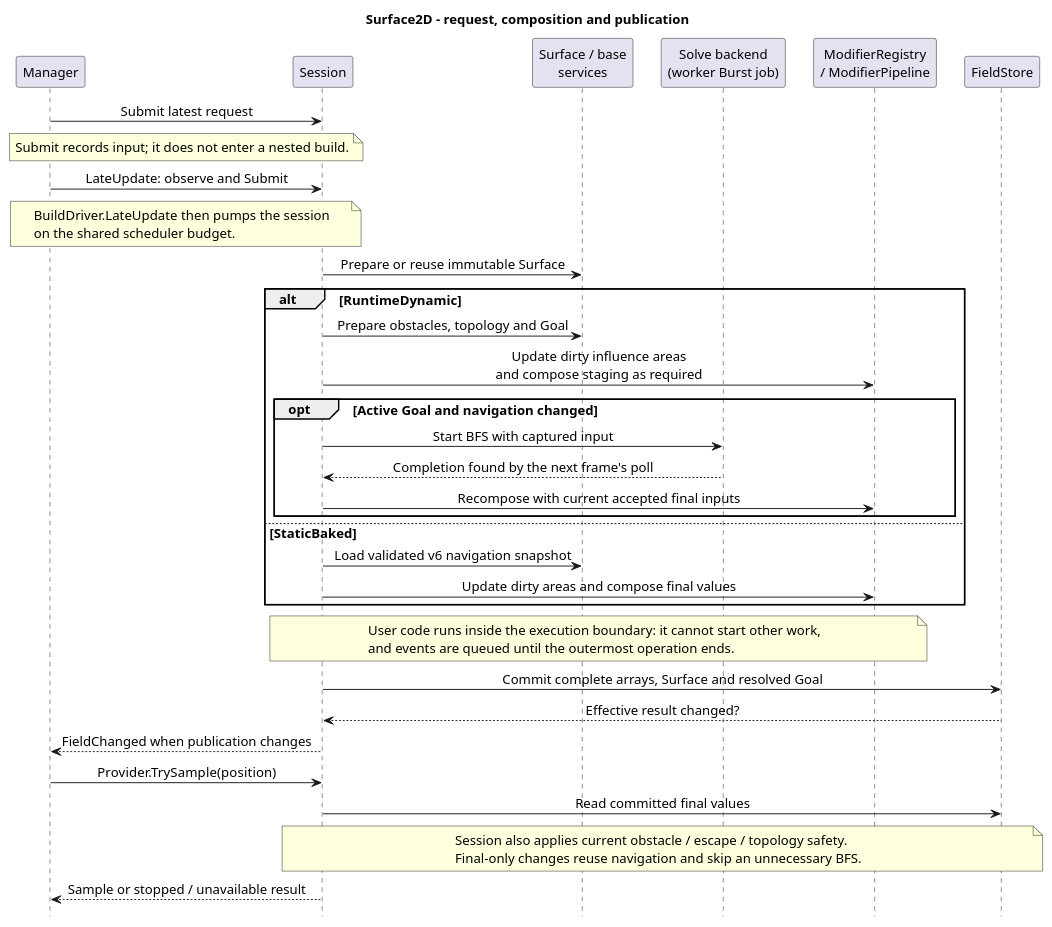
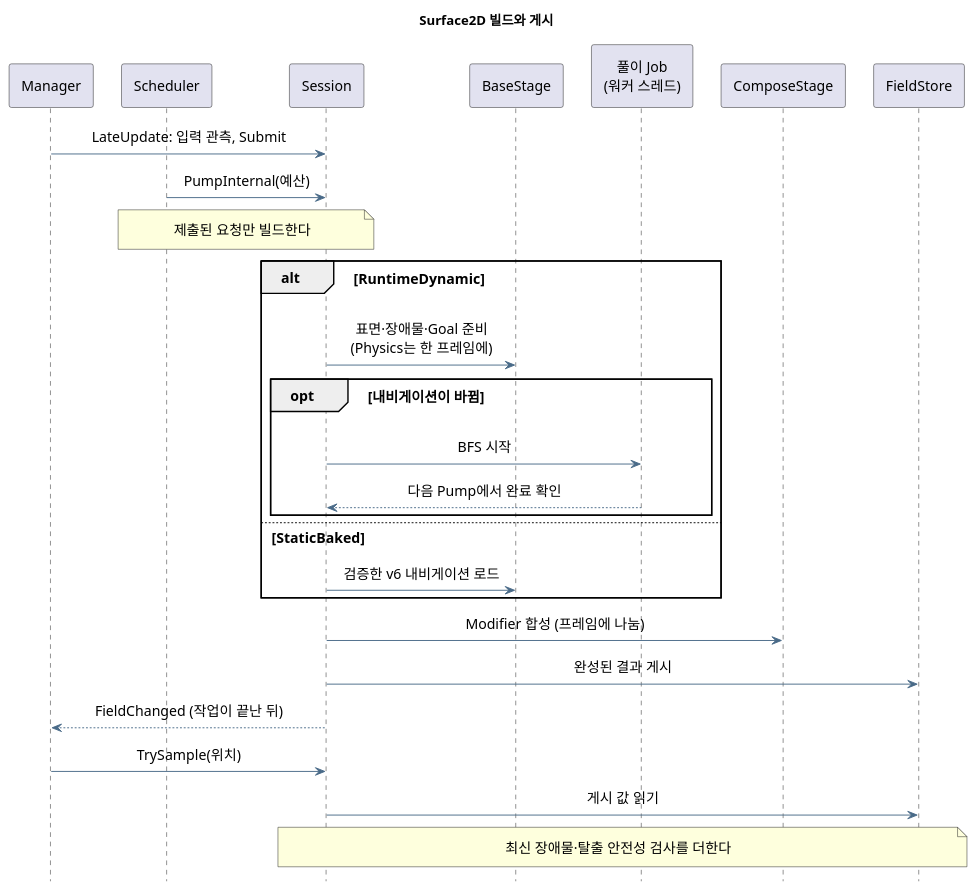
One commit to youwonsock/tool-unity-editor changed the diagram in ToyProject/Assets/_FlowField/Docs/flowfield-surface.puml. Above: the diagram before and after it, drawn with PlantUML. The commit also changed 12 other files, not shown here.

First line of the commit message:
FlowField 문서: 핵심만 남기고 UML을 PlantUML 이미지로 정리

```diff
--- a/ToyProject/Assets/_FlowField/Docs/flowfield-surface.puml
+++ b/ToyProject/Assets/_FlowField/Docs/flowfield-surface.puml
@@ -1,43 +1,38 @@
 @startuml flowfield-surface
 skinparam shadowing false
-skinparam defaultFontName SansSerif
-skinparam defaultFontSize 14
+skinparam defaultFontName "Apple SD Gothic Neo"
+skinparam defaultFontSize 15
+skinparam ArrowColor #496A88
+skinparam Padding 6
 skinparam sequenceMessageAlign center
 skinparam ParticipantPadding 10
-skinparam BoxPadding 6
 hide footbox
-title Surface2D - request, composition and publication
+title Surface2D 빌드와 게시
 
 participant "Manager" as M
+participant "Scheduler" as Q
 participant "Session" as S
-participant "Surface / base\nservices" as B
-participant "Solve backend\n(worker Burst job)" as G
-participant "ModifierRegistry\n/ ModifierPipeline" as F
+participant "BaseStage" as B
+participant "풀이 Job\n(워커 스레드)" as J
+participant "ComposeStage" as C
 participant "FieldStore" as P
 
-M -> S : Submit latest request
-note over M,S : Submit records input; it does not enter a nested build.
-M -> S : LateUpdate: observe and Submit
-note over M,S : BuildDriver.LateUpdate then pumps the session\non the shared scheduler budget.
-S -> B : Prepare or reuse immutable Surface
+M -> S : LateUpdate: 입력 관측, Submit
+Q -> S : PumpInternal(예산)
+note over Q,S : 제출된 요청만 빌드한다
 alt RuntimeDynamic
-  S -> B : Prepare obstacles, topology and Goal
-  S -> F : Update dirty influence areas\nand compose staging as required
-  opt Active Goal and navigation changed
-    S -> G : Start BFS with captured input
-    G --> S : Completion found by the next frame's poll
-    S -> F : Recompose with current accepted final inputs
+  S -> B : 표면·장애물·Goal 준비\n(Physics는 한 프레임에)
+  opt 내비게이션이 바뀜
+    S -> J : BFS 시작
+    J --> S : 다음 Pump에서 완료 확인
   end
 else StaticBaked
-  S -> B : Load validated v6 navigation snapshot
-  S -> F : Update dirty areas and compose final values
+  S -> B : 검증한 v6 내비게이션 로드
 end
-note over S,F : User code runs inside the execution boundary: it cannot start other work,\nand events are queued until the outermost operation ends.
-S -> P : Commit complete arrays, Surface and resolved Goal
-P --> S : Effective result changed?
-S --> M : FieldChanged when publication changes
-M -> S : Provider.TrySample(position)
-S -> P : Read committed final values
-note over S,P : Session also applies current obstacle / escape / topology safety.\nFinal-only changes reuse navigation and skip an unnecessary BFS.
-S --> M : Sample or stopped / unavailable result
+S -> C : Modifier 합성 (프레임에 나눔)
+S -> P : 완성된 결과 게시
+S --> M : FieldChanged (작업이 끝난 뒤)
+M -> S : TrySample(위치)
+S -> P : 게시 값 읽기
+note over S,P : 최신 장애물·탈출 안전성 검사를 더한다
 @enduml
```
